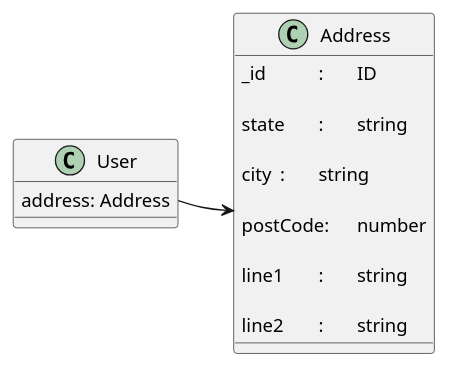
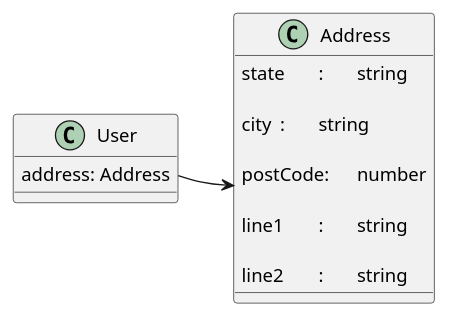
Before and after one commit to FlorianMarcon/BankModels: the diagram in doc/Address.plantuml, drawn with PlantUML. The commit also changed 1 other file, not shown here.

```diff
--- a/doc/Address.plantuml
+++ b/doc/Address.plantuml
@@ -1,22 +1,21 @@
 @startuml
 
 class User {
 	address: Address
 }
 class Address {
-	_id		:	ID
 
 	state	:	string
 
 	city	:	string
 
 	postCode:	number
 
 	line1	:	string
 	
 	line2	:	string
 }
 
 User::address -> Address
 
 @enduml
```
